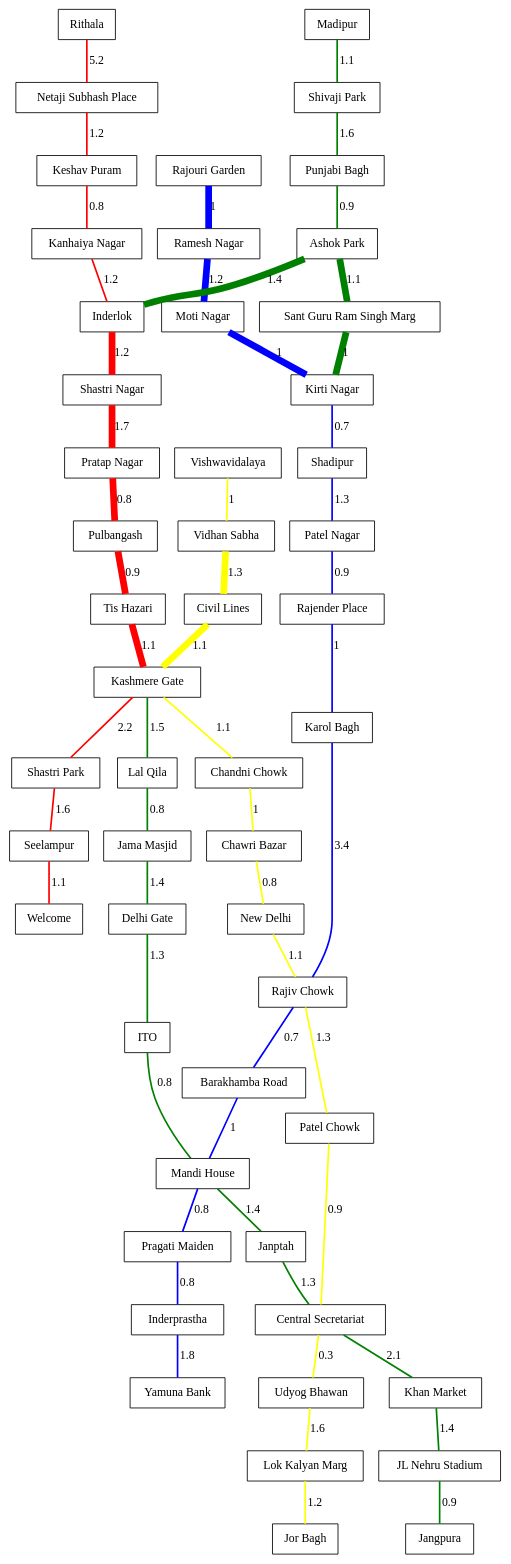
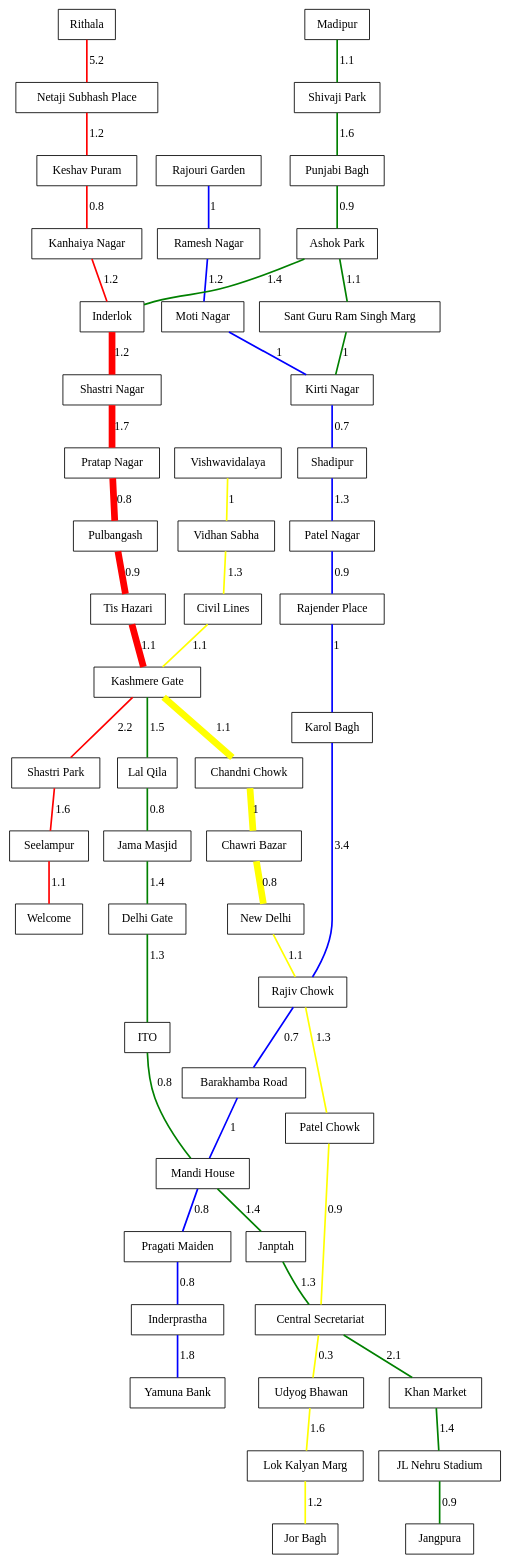
One commit to bymayanksingh/metroworks changed the diagram in finalmap.dot. Above: the diagram before and after it, drawn with Graphviz. The commit also changed 6 other files, not shown here.

```diff
--- a/finalmap.dot
+++ b/finalmap.dot
@@ -1,64 +1,64 @@
 graph G {
 node [shape=rect]
 
 //red
 "Rithala" -- "Netaji Subhash Place" [label="5.2",color=red ,penwidth="2"];
 "Netaji Subhash Place" -- "Keshav Puram" [label="1.2",color=red ,penwidth="2"];
 "Keshav Puram" -- "Kanhaiya Nagar" [label="0.8",color=red ,penwidth="2"];
 "Kanhaiya Nagar" -- "Inderlok" [label="1.2",color=red ,penwidth="2"];
 "Inderlok" -- "Shastri Nagar" [label="1.2",color=red ,penwidth="8"];
 "Shastri Nagar" -- "Pratap Nagar" [label="1.7",color=red ,penwidth="8"];
 "Pratap Nagar" -- "Pulbangash" [label="0.8",color=red ,penwidth="8"];
 "Pulbangash" -- "Tis Hazari" [label="0.9",color=red ,penwidth="8"];
 "Tis Hazari" -- "Kashmere Gate" [label="1.1",color=red ,penwidth="8"];
 "Kashmere Gate" -- "Shastri Park" [label="2.2",color=red ,penwidth="2"];
 "Shastri Park" -- "Seelampur" [label="1.6",color=red ,penwidth="2"];
 "Seelampur" -- "Welcome" [label="1.1",color=red ,penwidth="2"];
 
 //blue
-"Rajouri Garden" -- "Ramesh Nagar" [label="1",color=blue ,penwidth="8"];
-"Ramesh Nagar" -- "Moti Nagar" [label="1.2",color=blue ,penwidth="8"];
-"Moti Nagar" -- "Kirti Nagar" [label="1",color=blue ,penwidth="8"];
+"Rajouri Garden" -- "Ramesh Nagar" [label="1",color=blue ,penwidth="2"];
+"Ramesh Nagar" -- "Moti Nagar" [label="1.2",color=blue ,penwidth="2"];
+"Moti Nagar" -- "Kirti Nagar" [label="1",color=blue ,penwidth="2"];
 "Kirti Nagar" -- "Shadipur" [label="0.7",color=blue ,penwidth="2"];
 "Shadipur" -- "Patel Nagar" [label="1.3",color=blue ,penwidth="2"];
 "Patel Nagar" -- "Rajender Place" [label="0.9",color=blue ,penwidth="2"];
 "Rajender Place" -- "Karol Bagh" [label="1",color=blue ,penwidth="2"];
 "Karol Bagh" -- "Rajiv Chowk" [label="3.4",color=blue ,penwidth="2"];
 "Rajiv Chowk" -- "Barakhamba Road" [label="0.7",color=blue ,penwidth="2"];
 "Barakhamba Road" -- "Mandi House" [label="1",color=blue ,penwidth="2"];
 "Mandi House" -- "Pragati Maiden" [label="0.8",color=blue ,penwidth="2"];
 "Pragati Maiden" -- "Inderprastha" [label="0.8",color=blue ,penwidth="2"];
 "Inderprastha" -- "Yamuna Bank" [label="1.8",color=blue ,penwidth="2"];
 
 //green
 "Madipur" -- "Shivaji Park" [label="1.1",color=green ,penwidth="2"];
 "Shivaji Park" -- "Punjabi Bagh" [label="1.6",color=green ,penwidth="2"];
 "Punjabi Bagh" -- "Ashok Park" [label="0.9",color=green ,penwidth="2"];
-"Ashok Park" -- "Inderlok" [label="1.4",color=green ,penwidth="8"];
-"Ashok Park" -- "Sant Guru Ram Singh Marg" [label="1.1",color=green ,penwidth="8"];
-"Sant Guru Ram Singh Marg" -- "Kirti Nagar" [label="1",color=green ,penwidth="8"];
+"Ashok Park" -- "Inderlok" [label="1.4",color=green ,penwidth="2"];
+"Ashok Park" -- "Sant Guru Ram Singh Marg" [label="1.1",color=green ,penwidth="2"];
+"Sant Guru Ram Singh Marg" -- "Kirti Nagar" [label="1",color=green ,penwidth="2"];
 "Kashmere Gate" -- "Lal Qila" [label="1.5",color=green ,penwidth="2"];
 "Lal Qila" -- "Jama Masjid" [label="0.8",color=green ,penwidth="2"];
 "Jama Masjid" -- "Delhi Gate" [label="1.4",color=green ,penwidth="2"];
 "Delhi Gate" -- "ITO" [label="1.3",color=green ,penwidth="2"];
 "ITO" -- "Mandi House" [label="0.8",color=green ,penwidth="2"];
 "Mandi House" -- "Janptah" [label="1.4",color=green ,penwidth="2"];
 "Janptah" -- "Central Secretariat" [label="1.3",color=green ,penwidth="2"];
 "Central Secretariat" -- "Khan Market" [label="2.1",color=green ,penwidth="2"];
 "Khan Market" -- "JL Nehru Stadium" [label="1.4",color=green ,penwidth="2"];
 "JL Nehru Stadium" -- "Jangpura" [label="0.9",color=green ,penwidth="2"];
 
 //yellow
 "Vishwavidalaya" -- "Vidhan Sabha" [label="1",color=yellow ,penwidth="2"];
-"Vidhan Sabha" -- "Civil Lines" [label="1.3",color=yellow ,penwidth="8"];
-"Civil Lines" -- "Kashmere Gate" [label="1.1",color=yellow ,penwidth="8"];
-"Kashmere Gate" -- "Chandni Chowk" [label="1.1",color=yellow ,penwidth="2"];
-"Chandni Chowk" -- "Chawri Bazar" [label="1",color=yellow ,penwidth="2"];
-"Chawri Bazar" -- "New Delhi" [label="0.8",color=yellow ,penwidth="2"];
+"Vidhan Sabha" -- "Civil Lines" [label="1.3",color=yellow ,penwidth="2"];
+"Civil Lines" -- "Kashmere Gate" [label="1.1",color=yellow ,penwidth="2"];
+"Kashmere Gate" -- "Chandni Chowk" [label="1.1",color=yellow ,penwidth="8"];
+"Chandni Chowk" -- "Chawri Bazar" [label="1",color=yellow ,penwidth="8"];
+"Chawri Bazar" -- "New Delhi" [label="0.8",color=yellow ,penwidth="8"];
 "New Delhi" -- "Rajiv Chowk" [label="1.1",color=yellow ,penwidth="2"];
 "Rajiv Chowk" -- "Patel Chowk" [label="1.3",color=yellow ,penwidth="2"];
 "Patel Chowk" -- "Central Secretariat" [label="0.9",color=yellow ,penwidth="2"];
 "Central Secretariat" -- "Udyog Bhawan" [label="0.3",color=yellow ,penwidth="2"];
 "Udyog Bhawan" -- "Lok Kalyan Marg" [label="1.6",color=yellow ,penwidth="2"];
 "Lok Kalyan Marg" -- "Jor Bagh" [label="1.2",color=yellow ,penwidth="2"];
 }
```
